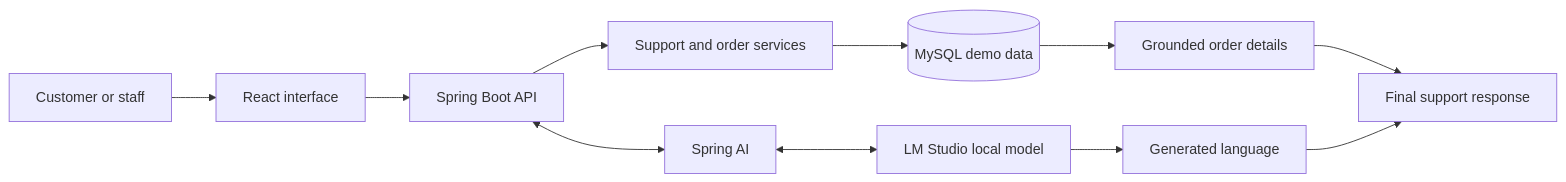
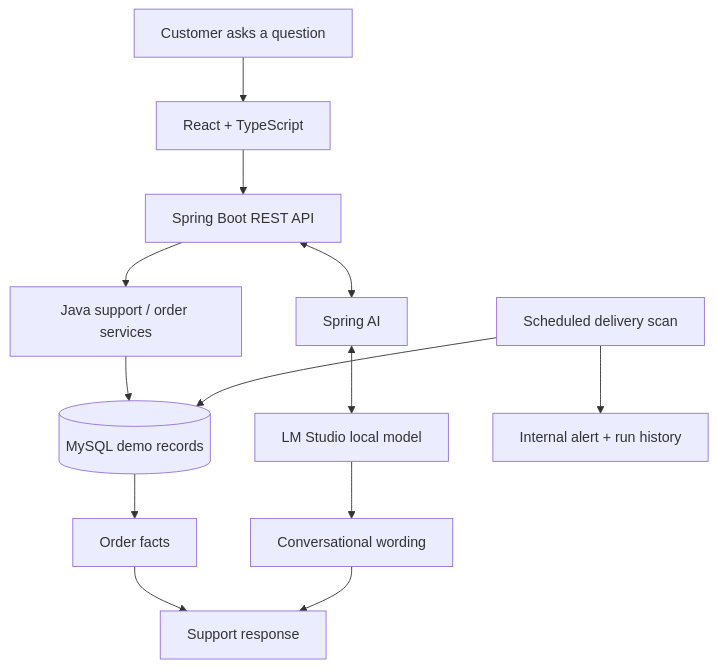
Before and after one commit to SAI-SRINIVAS-P/SMART-CUSTOMER-SUPPORT-SYSTEM: the diagram in README.md, drawn with Mermaid. The commit also changed other lines of this file and 1 other file, not shown here.

Commit message:
docs: introduce bespoke support operations field manual README

````diff
--- a/README.md
+++ b/README.md
@@ -91,13 +75,15 @@
 ```mermaid
-flowchart LR
-    A["Customer or staff"] --> B["React interface"]
-    B --> C["Spring Boot API"]
-    C --> D["Support and order services"]
-    D --> E[("MySQL demo data")]
-    C <--> F["Spring AI"]
-    F <--> G["LM Studio local model"]
-    E --> H["Grounded order details"]
-    G --> I["Generated language"]
-    H --> J["Final support response"]
-    I --> J
+flowchart TD
+    Q["Customer asks a question"] --> UI["React + TypeScript"]
+    UI --> API["Spring Boot REST API"]
+    API --> RULES["Java support / order services"]
+    RULES --> DB[("MySQL demo records")]
+    API <--> AI["Spring AI"]
+    AI <--> LM["LM Studio local model"]
+    DB --> FACTS["Order facts"]
+    LM --> WORDS["Conversational wording"]
+    FACTS --> REPLY["Support response"]
+    WORDS --> REPLY
+    SCAN["Scheduled delivery scan"] --> DB
+    SCAN --> ALERT["Internal alert + run history"]
 ```
````
